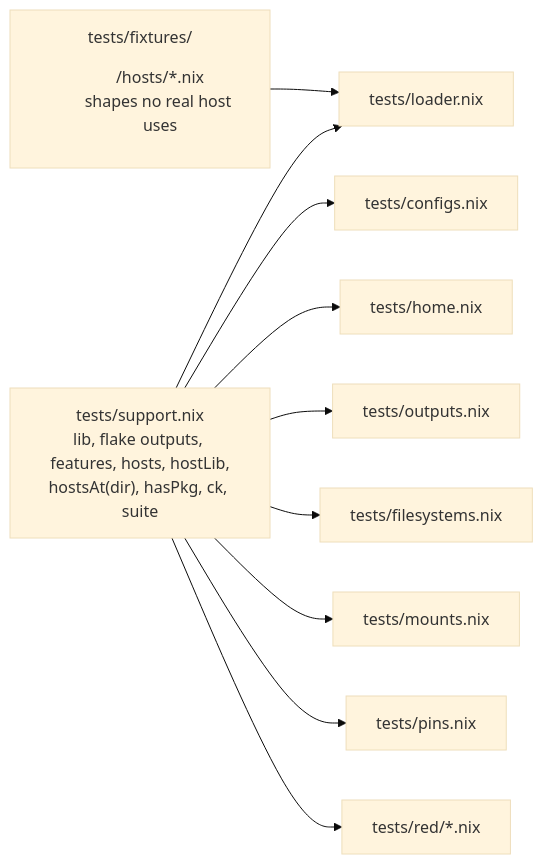
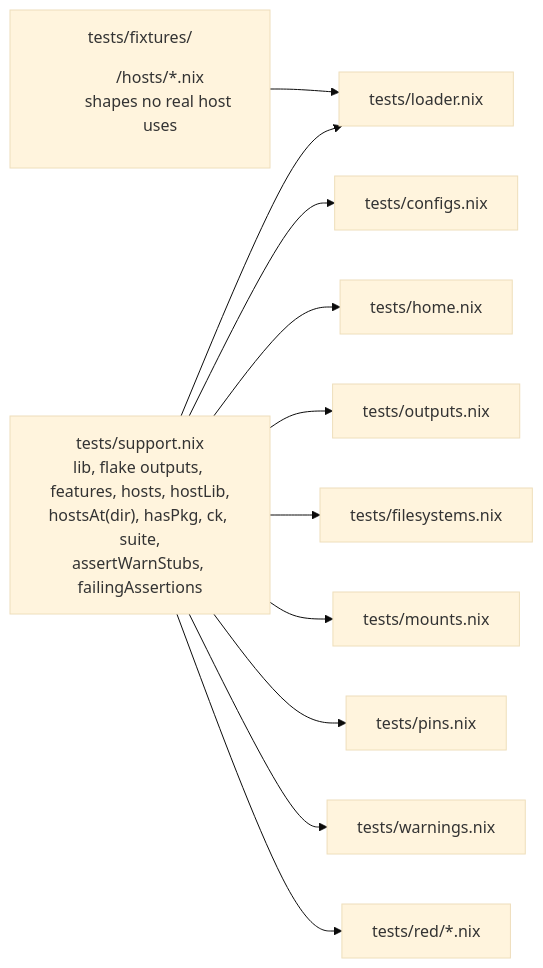
Before and after one commit to WombatFromHell/automatic-palm-tree: the second of 5 diagrams in TEST_DESIGN.md, drawn with Mermaid (base theme). The commit also changed other lines of this file and 28 other files, not shown here.

````diff
--- a/TEST_DESIGN.md
+++ b/TEST_DESIGN.md
@@ -22,12 +22,13 @@
 ```mermaid
 flowchart LR
-  S["tests/support.nix<br/>lib, flake outputs, features, hosts, hostLib,<br/>hostsAt(dir), hasPkg, ck, suite"] --> L["tests/loader.nix"]
+  S["tests/support.nix<br/>lib, flake outputs, features, hosts, hostLib,<br/>hostsAt(dir), hasPkg, ck, suite,<br/>assertWarnStubs, failingAssertions"] --> L["tests/loader.nix"]
   S --> C["tests/configs.nix"]
   S --> H["tests/home.nix"]
   S --> O["tests/outputs.nix"]
   S --> F["tests/filesystems.nix"]
   S --> M["tests/mounts.nix"]
   S --> PI["tests/pins.nix"]
+  S --> WA["tests/warnings.nix"]
   S --> RD["tests/red/*.nix"]
   FX["tests/fixtures/<dir>/hosts/*.nix<br/>shapes no real host uses"] --> L
 ```
````
